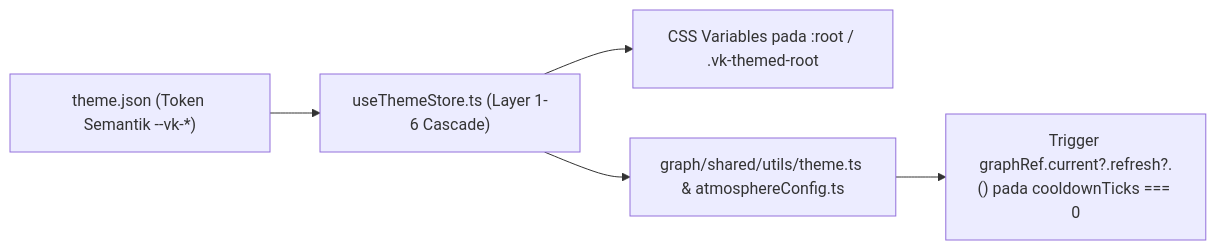
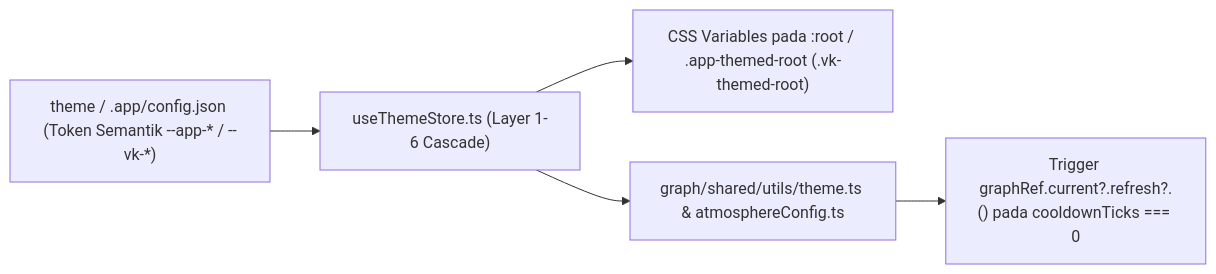
Before and after one commit to mjd-code/obmap-meed: the diagram in docs/07-developers/theme-authoring-guide.md, drawn with Mermaid. The commit also changed other lines of this file and 48 other files, not shown here.

````diff
--- a/docs/07-developers/theme-authoring-guide.md
+++ b/docs/07-developers/theme-authoring-guide.md
@@ -29,7 +29,7 @@
 ```mermaid
 flowchart LR
-    T["theme.json (Token Semantik --vk-*)"] --> STORE["useThemeStore.ts (Layer 1-6 Cascade)"]
-    STORE --> DOM["CSS Variables pada :root / .vk-themed-root"]
+    T["theme / .app/config.json (Token Semantik --app-* / --vk-*)"] --> STORE["useThemeStore.ts (Layer 1-6 Cascade)"]
+    STORE --> DOM["CSS Variables pada :root / .app-themed-root (.vk-themed-root)"]
     STORE --> CANVAS["graph/shared/utils/theme.ts & atmosphereConfig.ts"]
     CANVAS --> REFRESH["Trigger graphRef.current?.refresh?.() pada cooldownTicks === 0"]
 ```
````
